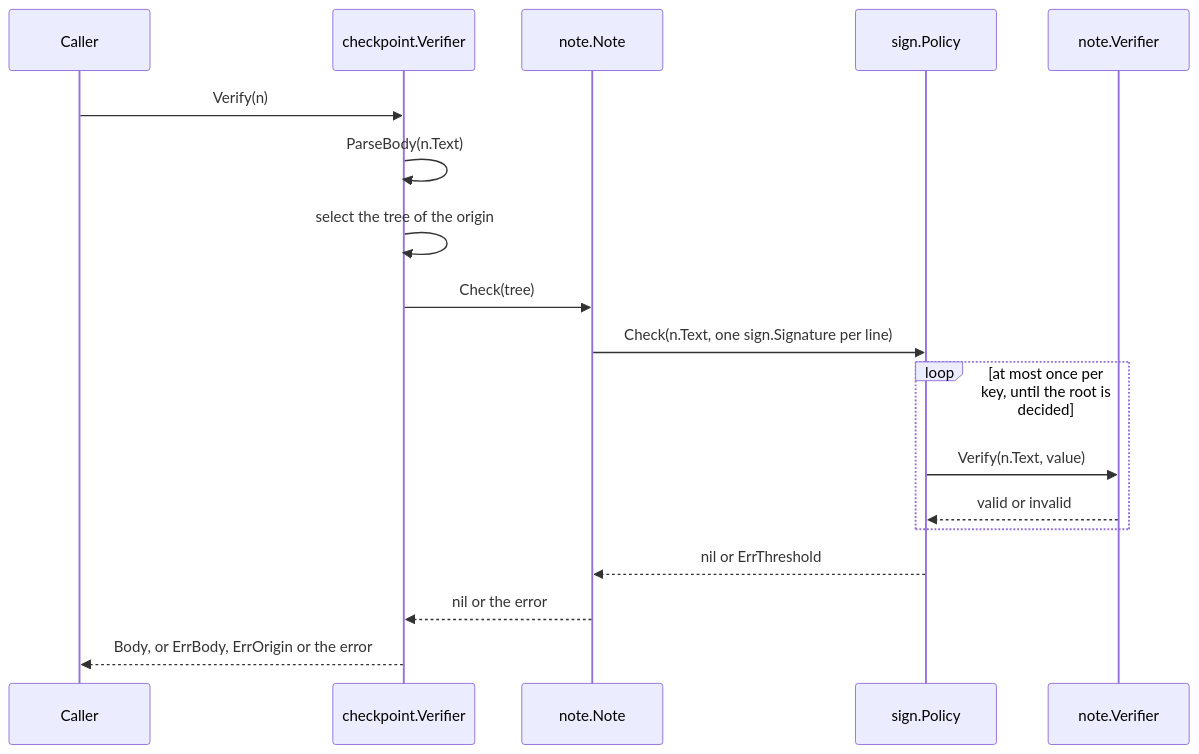
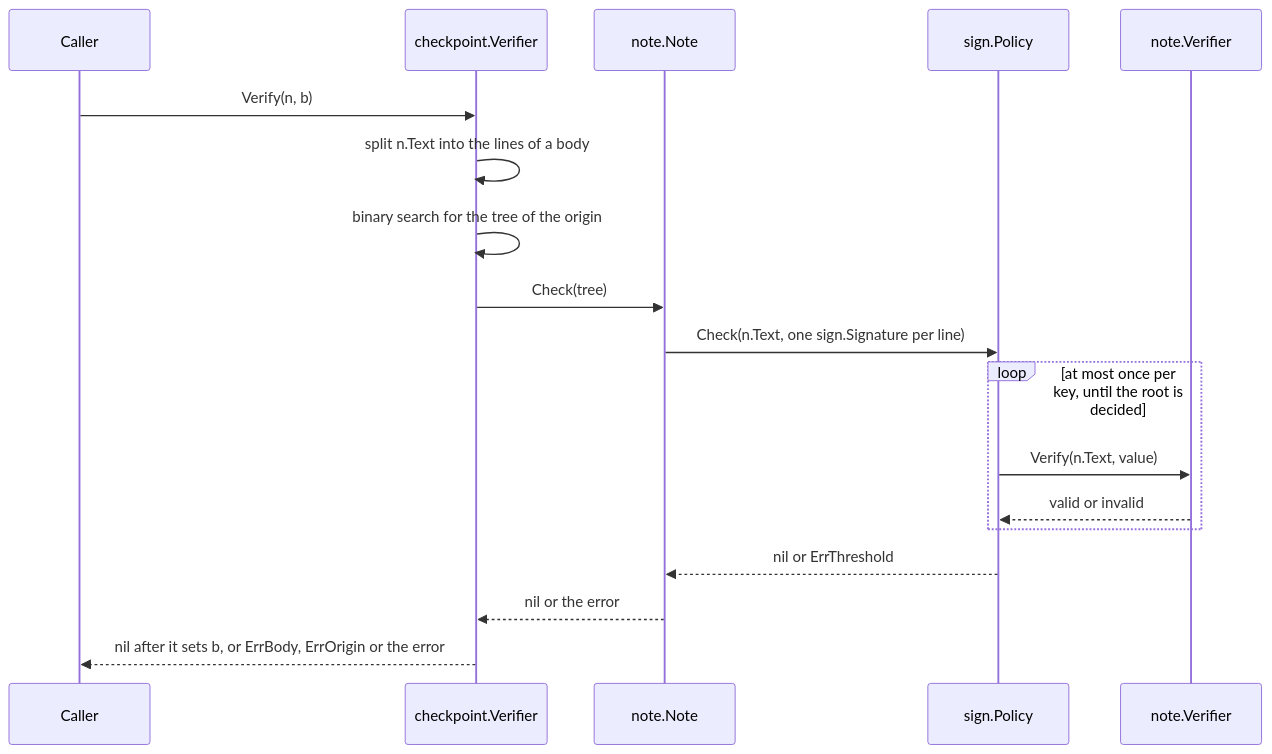
One commit to thesm-os/core changed the diagram in docs/rfc/0047-signed-notes-and-checkpoints.md. Above: the diagram before and after it, drawn with Mermaid. The commit also changed other lines of this file and 7 other files, not shown here.

````diff
--- a/docs/rfc/0047-signed-notes-and-checkpoints.md
+++ b/docs/rfc/0047-signed-notes-and-checkpoints.md
@@ -951,20 +1130,20 @@
 ```mermaid
 sequenceDiagram
     participant C as Caller
     participant V as checkpoint.Verifier
     participant N as note.Note
     participant P as sign.Policy
     participant K as note.Verifier
-    C->>V: Verify(n)
-    V->>V: ParseBody(n.Text)
-    V->>V: select the tree of the origin
+    C->>V: Verify(n, b)
+    V->>V: split n.Text into the lines of a body
+    V->>V: binary search for the tree of the origin
     V->>N: Check(tree)
     N->>P: Check(n.Text, one sign.Signature per line)
     loop at most once per key, until the root is decided
         P->>K: Verify(n.Text, value)
         K-->>P: valid or invalid
     end
     P-->>N: nil or ErrThreshold
     N-->>V: nil or the error
-    V-->>C: Body, or ErrBody, ErrOrigin or the error
+    V-->>C: nil after it sets b, or ErrBody, ErrOrigin or the error
 ```
````
